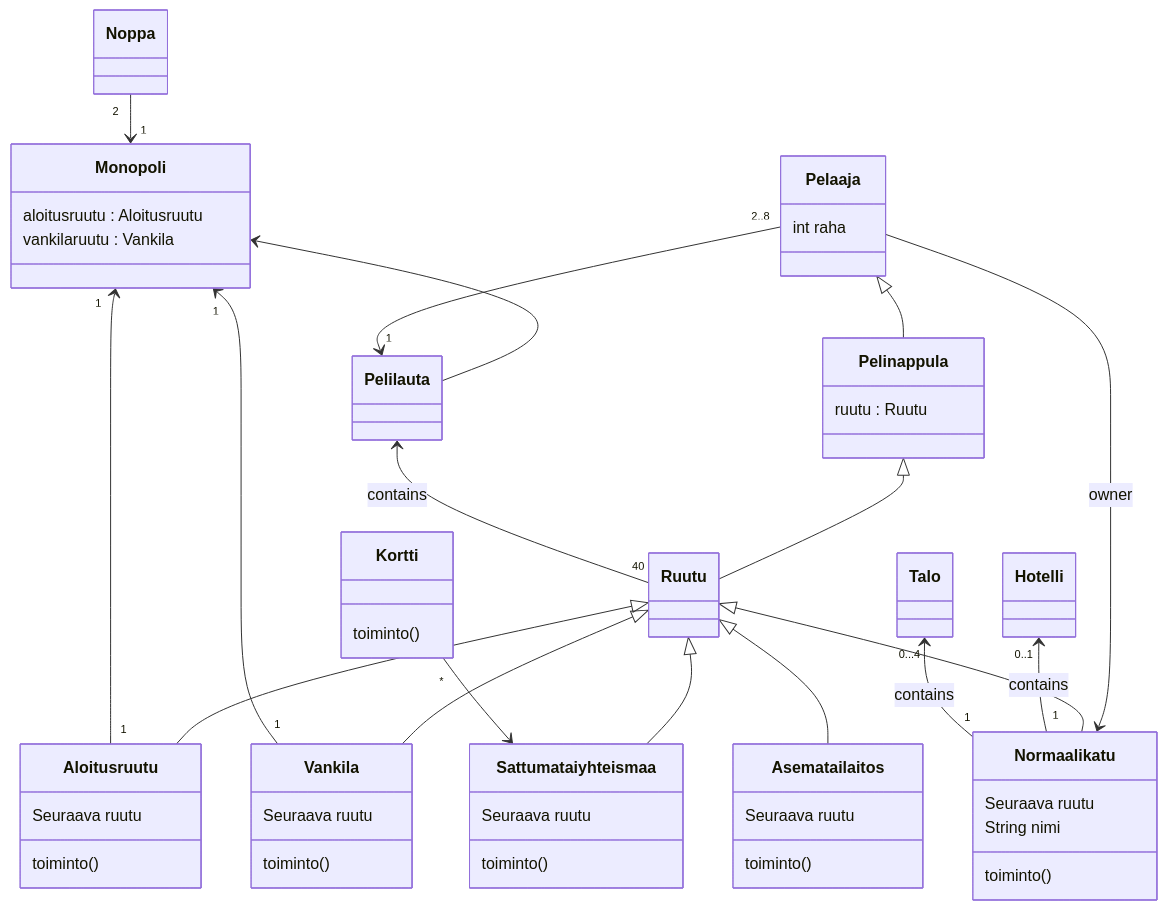
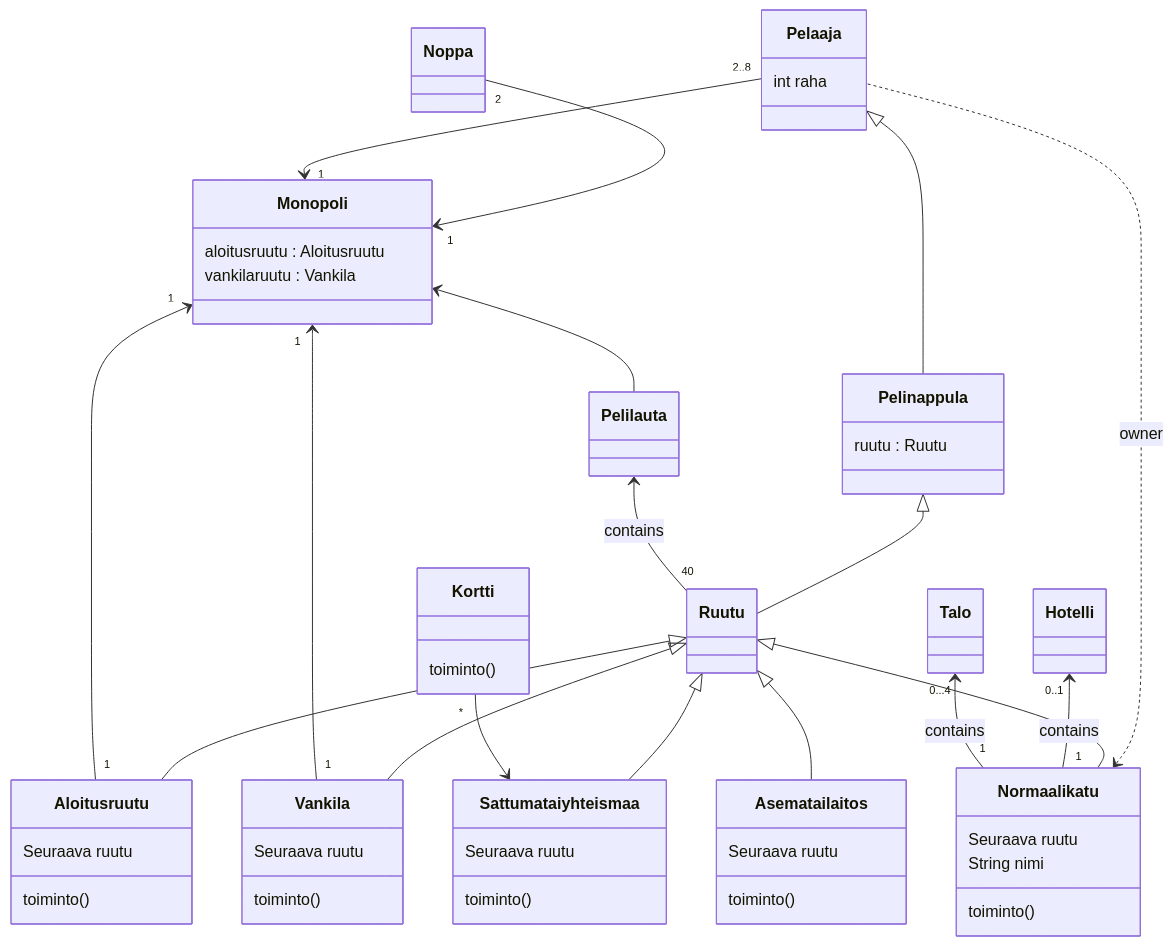
One commit to nie-ed/ot-harjoitustyo changed the diagram in laskarit/viikko3/monopoliClassDiagram.md. Above: the diagram before and after it, drawn with Mermaid. The commit also changed 2 other files, not shown here.

Commit message:
Modified monopoliClassDiagram.md. Created sekvenssikaavio.md

````diff
--- a/laskarit/viikko3/monopoliClassDiagram.md
+++ b/laskarit/viikko3/monopoliClassDiagram.md
@@ -1,75 +1,75 @@
 ```mermaid
 classDiagram
-	Pelaaja "2..8" --> "1" Pelilauta
+	Pelaaja "2..8" --> "1" Monopoli
 	Noppa "2" --> "1" Monopoli
 	Pelilauta <-- "40" Ruutu : contains
 	Monopoli <-- Pelilauta
 	Kortti "*" -->  Sattuma tai yhteismaa
 	Talo "0...4" <-- "1" Normaali katu : contains
 	Hotelli "0..1" <-- "1" Normaali katu : contains
-	Normaali katu <-- Pelaaja : owner
+	Normaali katu <.. Pelaaja : owner
 	Monopoli "1" <-- "1" Aloitusruutu
 	Monopoli "1" <-- "1" Vankila
 	Ruutu <|-- Aloitusruutu
         Ruutu <|-- Vankila
         Ruutu <|-- Sattuma tai yhteismaa
         Ruutu <|-- Asema tai laitos
         Ruutu <|-- Normaali katu
 	Pelaaja <|-- Pelinappula
 	Pelinappula <|-- Ruutu
 
 
 	class Monopoli { 
 		aloitusruutu : Aloitusruutu
 		vankilaruutu : Vankila
 	}
 	class Noppa{
 	}
 
 	class Pelinappula{
 		ruutu :  Ruutu
 	}
 
 	class Pelaaja{
 		int raha
 	}
 	class Pelilauta{
 	}
 
 	class Ruutu{
 	}
 
         class Aloitusruutu{
 		Seuraava ruutu
                 toiminto()
         }
         class Vankila{
                 Seuraava ruutu
                 toiminto()
         }
         class Sattuma tai yhteismaa{
                 Seuraava ruutu
                 toiminto()
         }
         class Asema tai laitos{
                 Seuraava ruutu
                 toiminto()
         }
         class Normaali katu{
                 Seuraava ruutu
 		String nimi
                 toiminto()
         }
 
 	class Talo {
 	}
 
 	class Hotelli { 
 	}
 
 	class Kortti{
 		toiminto()
 	}
 
 
 ```
````
